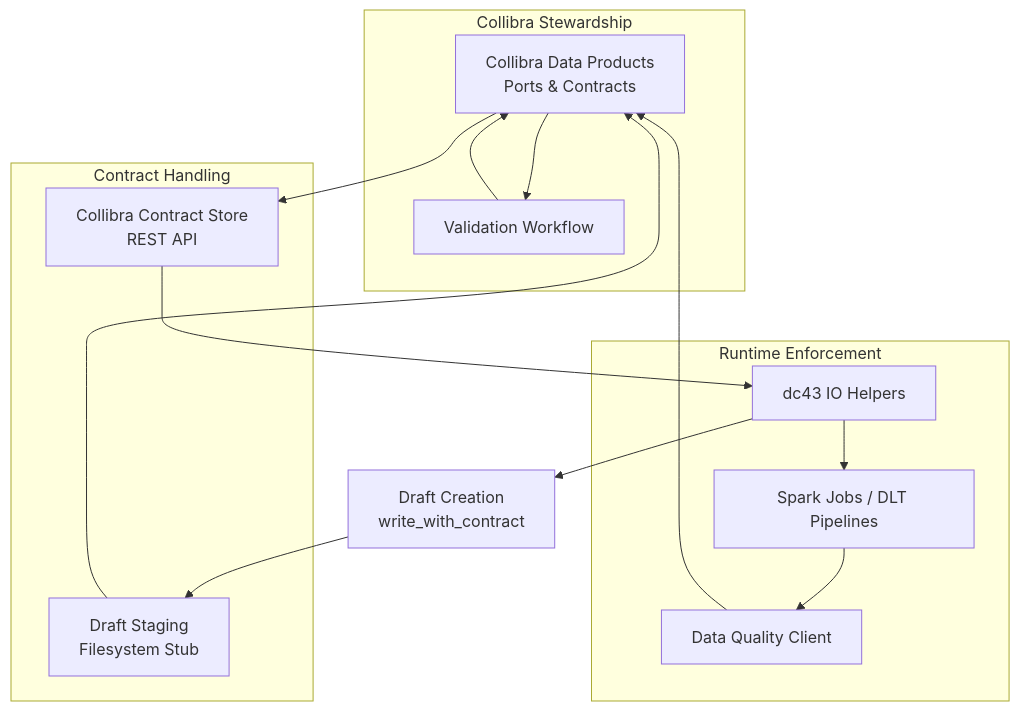
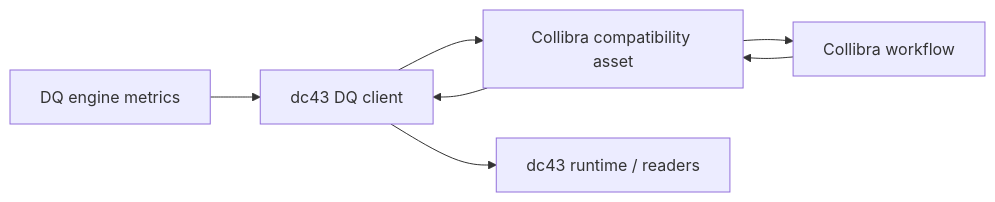
Before and after one commit to NextLab-SRL/dc43: the diagram in docs/implementations/data-quality-governance/collibra.md, drawn with Mermaid. The commit also changed other lines of this file, not shown here.

Commit message:
Refocus Collibra DQ guide on compatibility workflows

````diff
--- a/docs/implementations/data-quality-governance/collibra.md
+++ b/docs/implementations/data-quality-governance/collibra.md
@@ -35,31 +24,9 @@
 ```mermaid
-flowchart TD
-    subgraph Collibra Stewardship
-        Collibra["Collibra Data Products<br/>Ports & Contracts"]
-        Workflow["Validation Workflow"]
-    end
-
-    subgraph Contract Handling
-        CollibraStore["Collibra Contract Store<br/>REST API"]
-        DraftStore["Draft Staging<br/>Filesystem Stub"]
-    end
-
-    subgraph Runtime Enforcement
-        IOHelpers["dc43 IO Helpers"]
-        Pipelines["Spark Jobs / DLT Pipelines"]
-        DQClient["Data Quality Client"]
-    end
-
-    DraftProducer["Draft Creation<br/>write_with_contract"]
-
-    Collibra --> CollibraStore
-    Collibra --> Workflow
+flowchart LR
+    Metrics["DQ engine metrics"] --> Adapter["dc43 DQ client"]
+    Adapter --> Collibra["Collibra compatibility asset"]
+    Collibra --> Workflow["Collibra workflow"]
     Workflow --> Collibra
-    DraftProducer --> DraftStore
-    DraftStore --> Collibra
-    CollibraStore --> IOHelpers
-    IOHelpers --> Pipelines
-    IOHelpers --> DraftProducer
-    Pipelines --> DQClient
-    DQClient --> Collibra
+    Collibra --> Adapter
+    Adapter --> Runtime["dc43 runtime / readers"]
 ```
````
